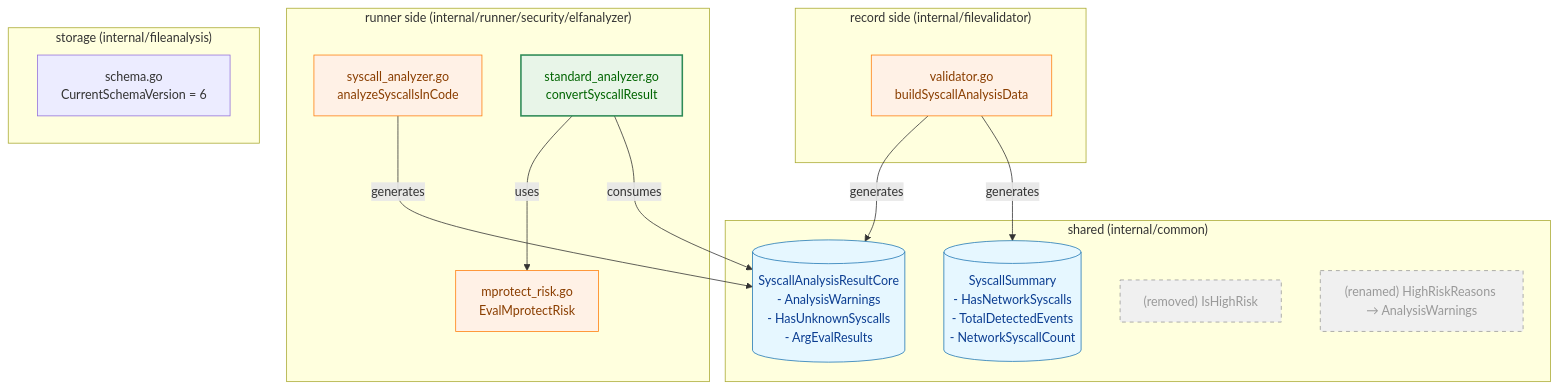
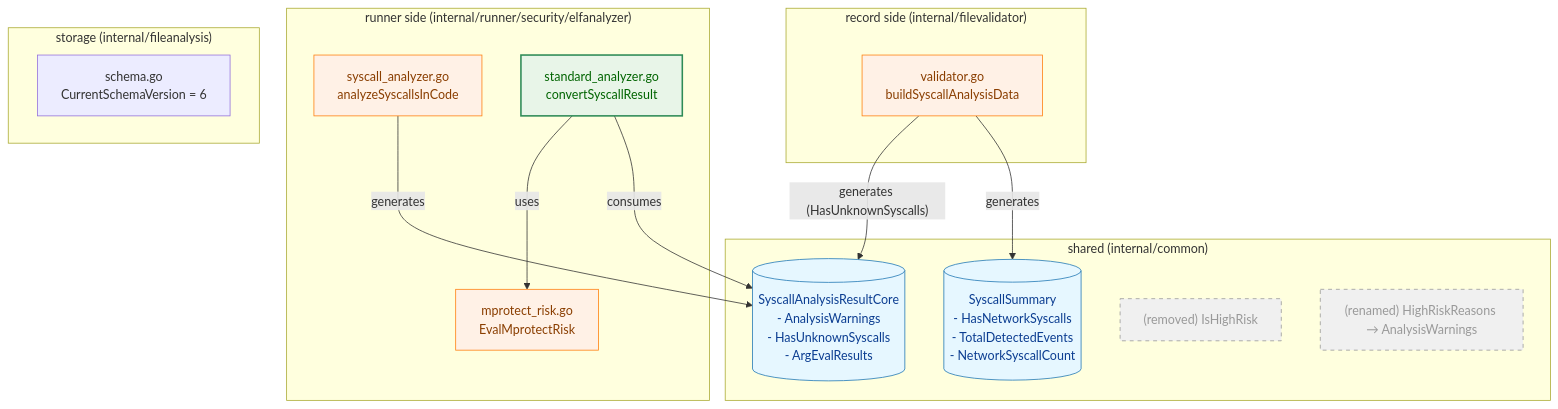
The fourth of 8 diagrams in docs/tasks/0080_remove_is_high_risk/02_architecture.md (isseis/go-safe-cmd-runner), drawn with Mermaid before and after one commit. The commit also changed other lines of this file and 1 other file, not shown here.

Commit message:
docs(0080): fix review issues in architecture and detailed spec
- Narrow filevalidator arrow label to "generates (HasUnknownSyscalls)"
  to avoid implying it sets AnalysisWarnings/ArgEvalResults
- Add Note in sequence diagram explaining intentional double call of
  EvalMprotectRisk in convertSyscallResult
- Enumerate all specific line numbers in §3.6.4 (analyzer_test.go)
  instead of vague "if any remain" instruction
- Expand schema.go snippet in §1.3 to show full comment block,
  replacing the ambiguous "..." placeholder

````diff
--- a/docs/tasks/0080_remove_is_high_risk/02_architecture.md
+++ b/docs/tasks/0080_remove_is_high_risk/02_architecture.md
@@ -91,39 +91,39 @@
 ```mermaid
 graph TB
     classDef data fill:#e6f7ff,stroke:#1f77b4,stroke-width:1px,color:#0b3d91;
     classDef process fill:#fff1e6,stroke:#ff7f0e,stroke-width:1px,color:#8a3e00;
     classDef enhanced fill:#e8f5e8,stroke:#2e8b57,stroke-width:2px,color:#006400;
     classDef removed fill:#f0f0f0,stroke:#999999,stroke-width:1px,stroke-dasharray:5 5,color:#999999;
 
     subgraph "shared (internal/common)"
         A1[("SyscallSummary<br>- HasNetworkSyscalls<br>- TotalDetectedEvents<br>- NetworkSyscallCount")]
         A2[("SyscallAnalysisResultCore<br>- AnalysisWarnings<br>- HasUnknownSyscalls<br>- ArgEvalResults")]
         A3["(removed) IsHighRisk"]
         A4["(renamed) HighRiskReasons → AnalysisWarnings"]
     end
 
     subgraph "record side (internal/filevalidator)"
         B["validator.go<br>buildSyscallAnalysisData"]
     end
 
     subgraph "runner side (internal/runner/security/elfanalyzer)"
         C["syscall_analyzer.go<br>analyzeSyscallsInCode"]
         D["standard_analyzer.go<br>convertSyscallResult"]
         E["mprotect_risk.go<br>EvalMprotectRisk"]
     end
 
     subgraph "storage (internal/fileanalysis)"
         F["schema.go<br>CurrentSchemaVersion = 6"]
     end
 
     B -->|"generates"| A1
-    B -->|"generates"| A2
+    B -->|"generates (HasUnknownSyscalls)"| A2
     C -->|"generates"| A2
     D -->|"consumes"| A2
     D -->|"uses"| E
 
     class A1,A2 data;
     class B,C,E process;
     class D enhanced;
     class A3,A4 removed;
 ```
````
